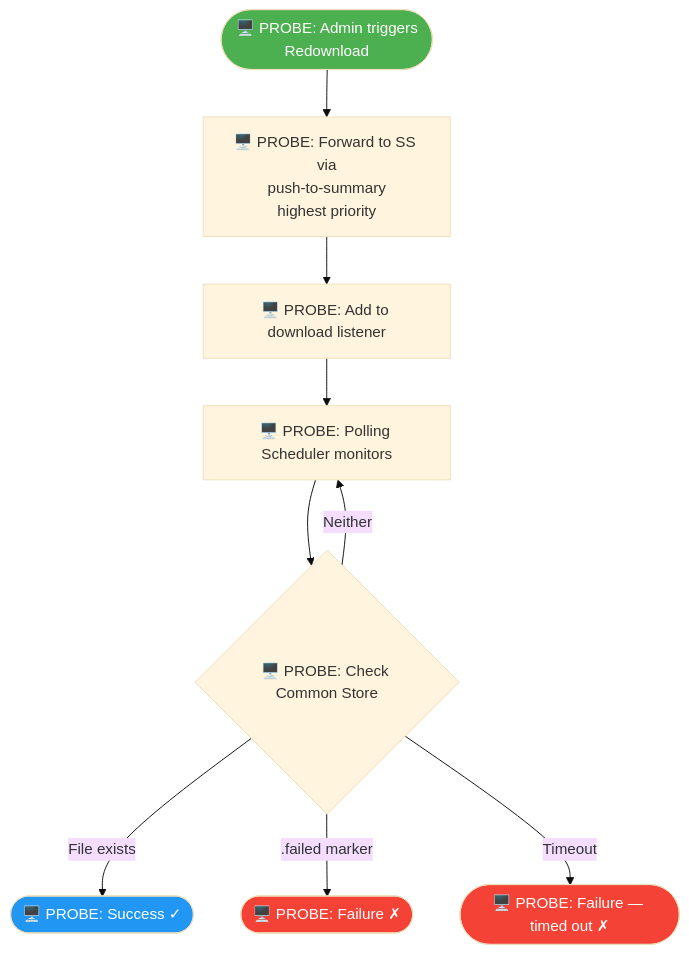
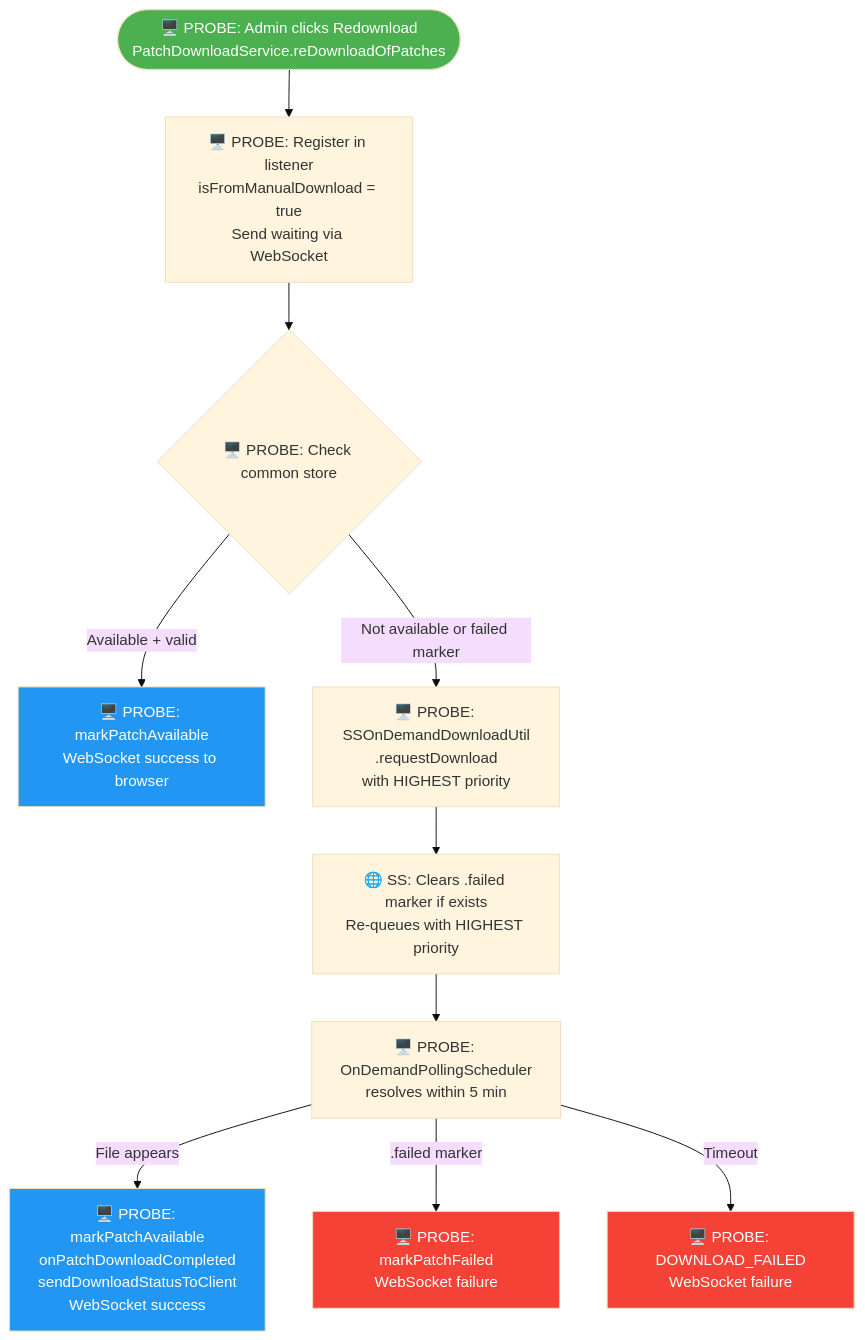
One commit to ranjithkumar-a-23525/RebaseEx changed the fourth of 31 diagrams in use-case-diagrams.md. Above: the diagram before and after it, drawn with Mermaid (base theme). The commit also changed other lines of this file, not shown here.

````diff
--- a/use-case-diagrams.md
+++ b/use-case-diagrams.md
@@ -84,16 +101,18 @@
 ```mermaid
 flowchart TD
-    A(["🖥️ PROBE: Admin triggers<br/>Redownload"]) --> B["🖥️ PROBE: Forward to SS via<br/>push-to-summary<br/>highest priority"]
-    B --> C["🖥️ PROBE: Add to download listener"]
-    C --> D["🖥️ PROBE: Polling Scheduler monitors"]
-    D --> E{"🖥️ PROBE: Check Common Store"}
-    E -->|File exists| F(["🖥️ PROBE: Success ✓"])
-    E -->|.failed marker| G(["🖥️ PROBE: Failure ✗"])
-    E -->|Timeout| H(["🖥️ PROBE: Failure — timed out ✗"])
-    E -->|Neither| D
+    A(["🖥️ PROBE: Admin clicks Redownload<br/>PatchDownloadService.reDownloadOfPatches"]) --> B["🖥️ PROBE: Register in listener<br/>isFromManualDownload = true<br/>Send waiting via WebSocket"]
+    B --> C{"🖥️ PROBE: Check common store"}
+    C -->|Available + valid| D["🖥️ PROBE: markPatchAvailable<br/>WebSocket success to browser"]
+    C -->|Not available or failed marker| E["🖥️ PROBE: SSOnDemandDownloadUtil<br/>.requestDownload<br/>with HIGHEST priority"]
+    E --> F["🌐 SS: Clears .failed marker if exists<br/>Re-queues with HIGHEST priority"]
+    F --> G["🖥️ PROBE: OnDemandPollingScheduler<br/>resolves within 5 min"]
+    G -->|File appears| H["🖥️ PROBE: markPatchAvailable<br/>onPatchDownloadCompleted<br/>sendDownloadStatusToClient<br/>WebSocket success"]
+    G -->|.failed marker| I["🖥️ PROBE: markPatchFailed<br/>WebSocket failure"]
+    G -->|Timeout| J["🖥️ PROBE: DOWNLOAD_FAILED<br/>WebSocket failure"]
 
     style A fill:#4CAF50,color:#fff
-    style F fill:#2196F3,color:#fff
-    style G fill:#f44336,color:#fff
-    style H fill:#f44336,color:#fff
+    style D fill:#2196F3,color:#fff
+    style H fill:#2196F3,color:#fff
+    style I fill:#f44336,color:#fff
+    style J fill:#f44336,color:#fff
 ```
````
